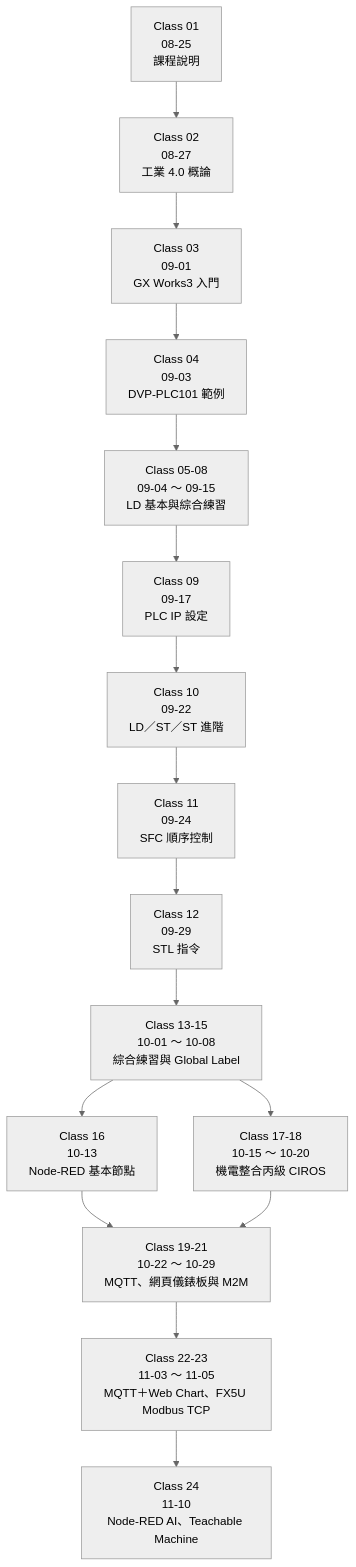
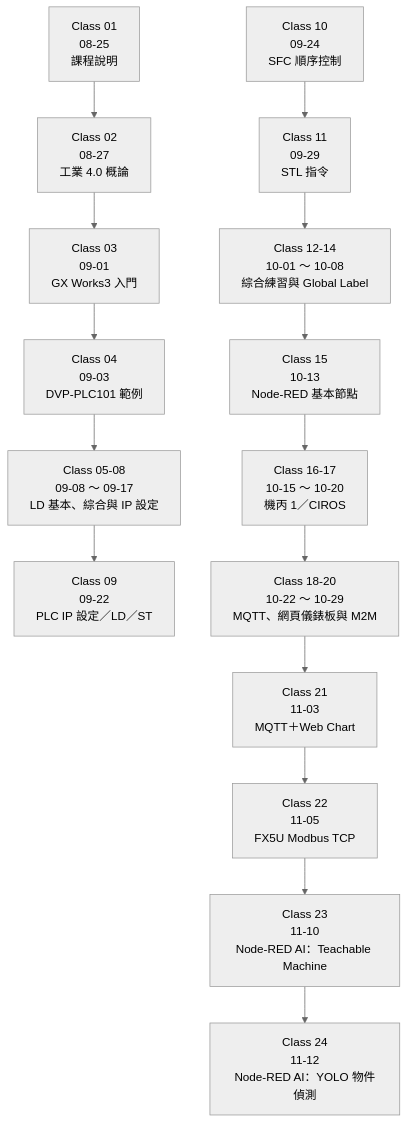
One commit to yd7148/INDUSTRY-4.0 changed the first of 3 diagrams in docs/COURSE-MAP.md. Above: the diagram before and after it, drawn with Mermaid (neutral theme). The commit also changed other lines of this file and 447 other files, not shown here.

````diff
--- a/docs/COURSE-MAP.md
+++ b/docs/COURSE-MAP.md
@@ -10,18 +10,17 @@
 ```mermaid
 flowchart TD
     A["Class 01<br/>08-25<br/>課程說明"] --> B["Class 02<br/>08-27<br/>工業 4.0 概論"]
     B --> C["Class 03<br/>09-01<br/>GX Works3 入門"]
     C --> D["Class 04<br/>09-03<br/>DVP-PLC101 範例"]
-    D --> E["Class 05-08<br/>09-04 ～ 09-15<br/>LD 基本與綜合練習"]
-    E --> F["Class 09<br/>09-17<br/>PLC IP 設定"]
-    F --> G["Class 10<br/>09-22<br/>LD／ST／ST 進階"]
-    G --> H["Class 11<br/>09-24<br/>SFC 順序控制"]
-    H --> I["Class 12<br/>09-29<br/>STL 指令"]
-    I --> J["Class 13-15<br/>10-01 ～ 10-08<br/>綜合練習與 Global Label"]
-    J --> K["Class 16<br/>10-13<br/>Node-RED 基本節點"]
-    J --> L["Class 17-18<br/>10-15 ～ 10-20<br/>機電整合丙級 CIROS"]
-    K --> M["Class 19-21<br/>10-22 ～ 10-29<br/>MQTT、網頁儀錶板與 M2M"]
-    L --> M
-    M --> N["Class 22-23<br/>11-03 ～ 11-05<br/>MQTT＋Web Chart、FX5U Modbus TCP"]
-    N --> O["Class 24<br/>11-10<br/>Node-RED AI、Teachable Machine"]
+    D --> E["Class 05-08<br/>09-08 ～ 09-17<br/>LD 基本、綜合與 IP 設定"]
+    E --> F["Class 09<br/>09-22<br/>PLC IP 設定／LD／ST"]
+    G["Class 10<br/>09-24<br/>SFC 順序控制"] --> H["Class 11<br/>09-29<br/>STL 指令"]
+    H --> I["Class 12-14<br/>10-01 ～ 10-08<br/>綜合練習與 Global Label"]
+    I --> J["Class 15<br/>10-13<br/>Node-RED 基本節點"]
+    J --> K["Class 16-17<br/>10-15 ～ 10-20<br/>機丙 1／CIROS"]
+    K --> L["Class 18-20<br/>10-22 ～ 10-29<br/>MQTT、網頁儀錶板與 M2M"]
+    L --> M["Class 21<br/>11-03<br/>MQTT＋Web Chart"]
+    M --> N["Class 22<br/>11-05<br/>FX5U Modbus TCP"]
+    N --> O["Class 23<br/>11-10<br/>Node-RED AI：Teachable Machine"]
+    O --> P["Class 24<br/>11-12<br/>Node-RED AI：YOLO 物件偵測"]
 ```
````
